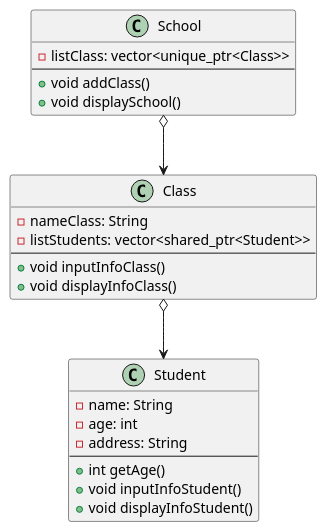
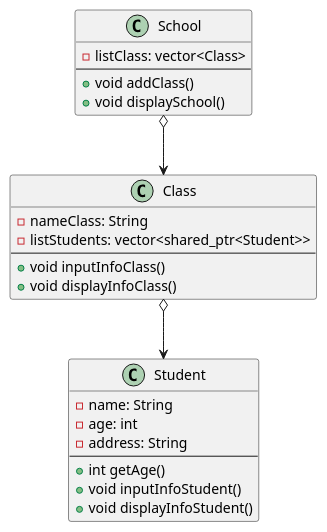
One commit to baobluebird/Basic-C-Cplusplus changed the diagram in .Assigment/OOP/ex6/diagram/diagram.wsd. Above: the diagram before and after it, drawn with PlantUML. The commit also changed 43 other files, not shown here.

```diff
--- a/.Assigment/OOP/ex6/diagram/diagram.wsd
+++ b/.Assigment/OOP/ex6/diagram/diagram.wsd
@@ -1,31 +1,31 @@
 @startuml
 
 class Student {
     - name: String
     - age: int
     - address: String
     --
     + int getAge()
     + void inputInfoStudent()
     + void displayInfoStudent()
 }
 
 class Class {
     - nameClass: String
     - listStudents: vector<shared_ptr<Student>>
     --
     + void inputInfoClass()
     + void displayInfoClass()
 }
 
 class School {
-    - listClass: vector<unique_ptr<Class>>
+    - listClass: vector<Class>
     --
     + void addClass()
     + void displaySchool()
 }
 
 Class o--> Student
 School o--> Class
 
 @enduml
```
